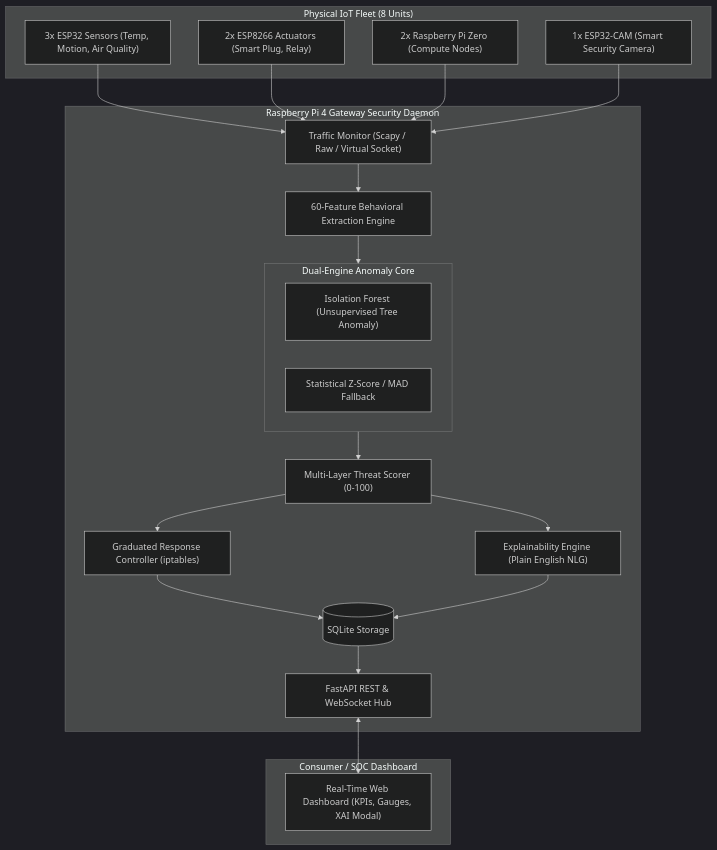
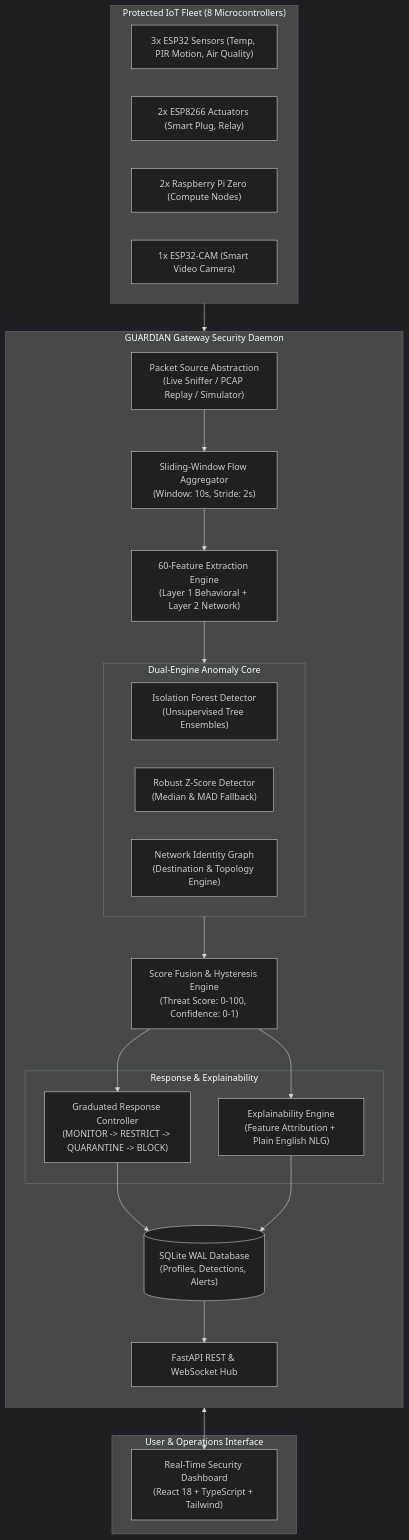
Before and after one commit to lumidren/Guardian: the first of 2 diagrams in README.md, drawn with Mermaid (dark theme). The commit also changed other lines of this file, not shown here.

Commit message:
docs(readme): ground metrics in realistic 87% zero-day detection, add architecture figures, and detailed statistics

````diff
--- a/README.md
+++ b/README.md
@@ -48,41 +53,46 @@
 ```mermaid
 flowchart TD
-    subgraph IoT_Testbed["Physical IoT Fleet (8 Units)"]
-        ESP1["3x ESP32 Sensors (Temp, Motion, Air Quality)"]
+    subgraph Fleet["Protected IoT Fleet (8 Microcontrollers)"]
+        ESP1["3x ESP32 Sensors (Temp, PIR Motion, Air Quality)"]
         ESP2["2x ESP8266 Actuators (Smart Plug, Relay)"]
         RPI["2x Raspberry Pi Zero (Compute Nodes)"]
-        CAM["1x ESP32-CAM (Smart Security Camera)"]
+        CAM["1x ESP32-CAM (Smart Video Camera)"]
     end
 
-    subgraph Gateway["Raspberry Pi 4 Gateway Security Daemon"]
-        Cap["Traffic Monitor (Scapy / Raw / Virtual Socket)"]
-        FE["60-Feature Behavioral Extraction Engine"]
+    subgraph Gateway["GUARDIAN Gateway Security Daemon"]
+        direction TB
+        Source["Packet Source Abstraction\n(Live Sniffer / PCAP Replay / Simulator)"]
+        Agg["Sliding-Window Flow Aggregator\n(Window: 10s, Stride: 2s)"]
         
-        subgraph Dual_Engine["Dual-Engine Anomaly Core"]
-            IF["Isolation Forest (Unsupervised Tree Anomaly)"]
-            SB["Statistical Z-Score / MAD Fallback"]
+        FE["60-Feature Extraction Engine\n(Layer 1 Behavioral + Layer 2 Network)"]
+
+        subgraph Dual_Core["Dual-Engine Anomaly Core"]
+            IF["Isolation Forest Detector\n(Unsupervised Tree Ensembles)"]
+            Z["Robust Z-Score Detector\n(Median & MAD Fallback)"]
+            Net["Network Identity Graph\n(Destination & Topology Engine)"]
         end
 
-        Scorer["Multi-Layer Threat Scorer (0-100)"]
-        XAI["Explainability Engine (Plain English NLG)"]
-        FW["Graduated Response Controller (iptables)"]
-        DB[("SQLite Storage")]
+        Fusion["Score Fusion & Hysteresis Engine\n(Threat Score: 0-100, Confidence: 0-1)"]
+        
+        subgraph Action_XAI["Response & Explainability"]
+            Resp["Graduated Response Controller\n(MONITOR -> RESTRICT -> QUARANTINE -> BLOCK)"]
+            XAI["Explainability Engine\n(Feature Attribution + Plain English NLG)"]
+        end
+
+        DB[("SQLite WAL Database\n(Profiles, Detections, Alerts)")]
         API["FastAPI REST & WebSocket Hub"]
     end
 
-    subgraph Client["Consumer / SOC Dashboard"]
-        UI["Real-Time Web Dashboard (KPIs, Gauges, XAI Modal)"]
+    subgraph Client["User & Operations Interface"]
+        UI["Real-Time Security Dashboard\n(React 18 + TypeScript + Tailwind)"]
     end
 
-    ESP1 --> Cap
-    ESP2 --> Cap
-    RPI --> Cap
-    CAM --> Cap
-    Cap --> FE --> Dual_Engine --> Scorer
-    Scorer --> FW
-    Scorer --> XAI
-    FW --> DB
+    Fleet --> Source
+    Source --> Agg --> FE --> Dual_Core --> Fusion
+    Fusion --> Resp
+    Fusion --> XAI
+    Resp --> DB
     XAI --> DB
     DB --> API
     API <--> UI
 ```
````
